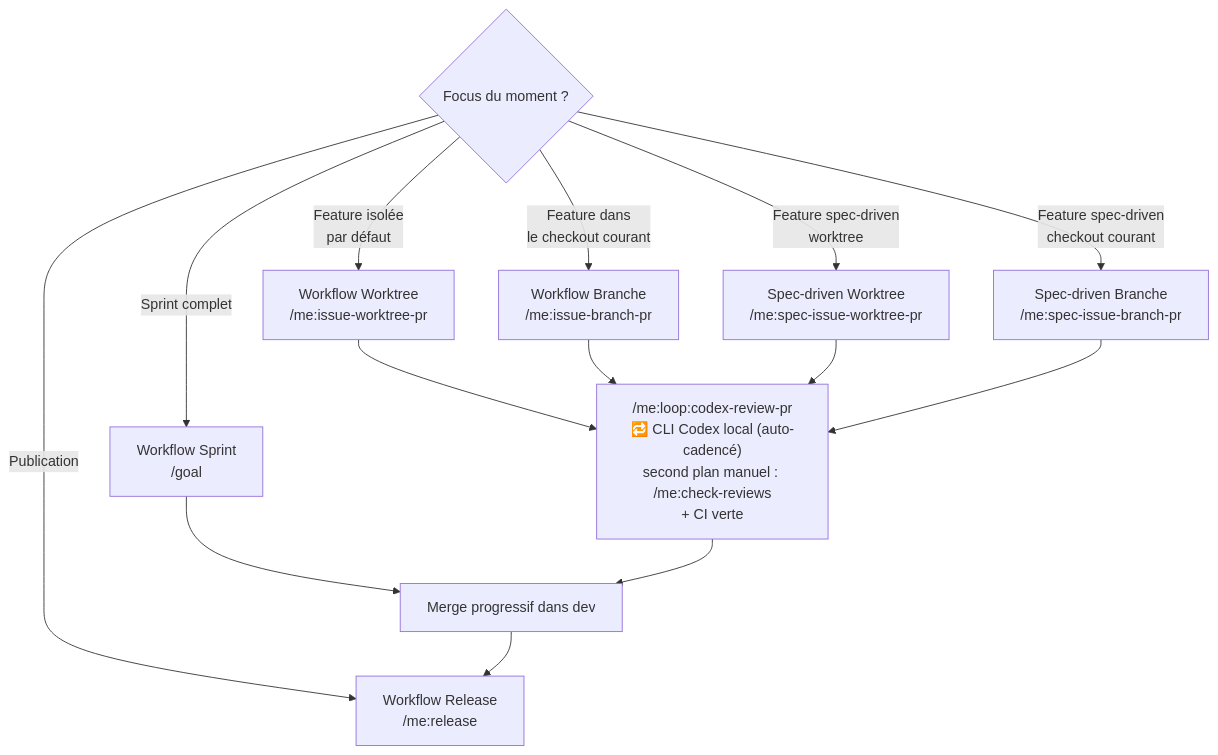
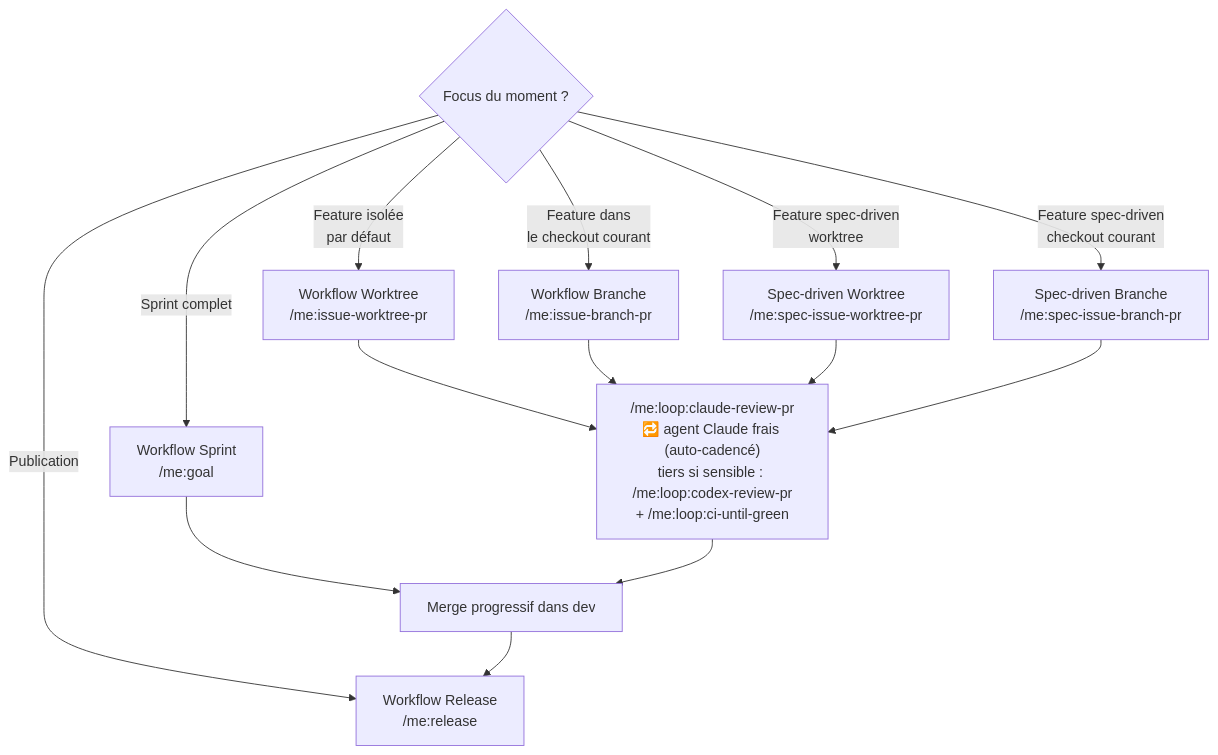
One commit to kbrdn1/dotfiles changed the seventh of 8 diagrams in dot_claude/WORKFLOW.md. Above: the diagram before and after it, drawn with Mermaid. The commit also changed other lines of this file and 20 other files, not shown here.

````diff
--- a/dot_claude/WORKFLOW.md
+++ b/dot_claude/WORKFLOW.md
@@ -307,19 +312,19 @@
 ```mermaid
 flowchart TD
     DEV{Focus du moment ?}
 
     DEV -->|Feature isolée<br/>par défaut| WT["Workflow Worktree<br/>/me:issue-worktree-pr"]
     DEV -->|Feature dans<br/>le checkout courant| BR["Workflow Branche<br/>/me:issue-branch-pr"]
     DEV -->|Feature spec-driven<br/>worktree| SWT["Spec-driven Worktree<br/>/me:spec-issue-worktree-pr"]
     DEV -->|Feature spec-driven<br/>checkout courant| SBR["Spec-driven Branche<br/>/me:spec-issue-branch-pr"]
-    DEV -->|Sprint complet| SP["Workflow Sprint<br/>/goal"]
+    DEV -->|Sprint complet| SP["Workflow Sprint<br/>/me:goal"]
     DEV -->|Publication| RE["Workflow Release<br/>/me:release"]
 
-    WT --> RV["/me:loop:codex-review-pr<br/>🔁 CLI Codex local (auto-cadencé)<br/>second plan manuel : /me:check-reviews<br/>+ CI verte"]
+    WT --> RV["/me:loop:claude-review-pr<br/>🔁 agent Claude frais (auto-cadencé)<br/>tiers si sensible : /me:loop:codex-review-pr<br/>+ /me:loop:ci-until-green"]
     BR --> RV
     SWT --> RV
     SBR --> RV
     SP --> MERGE[Merge progressif dans dev]
     RV --> MERGE
     MERGE --> RE
 ```
````
